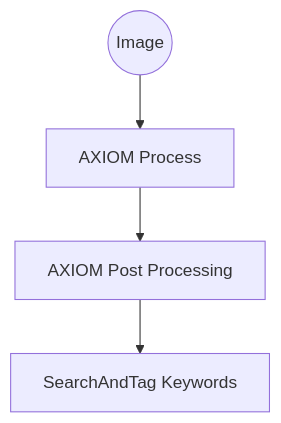
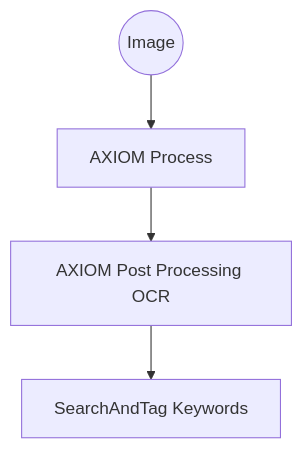
Before and after one commit to feliscabral/Search-and-Tag: the first of 3 diagrams in README.md, drawn with Mermaid. The commit also changed other lines of this file, not shown here.

````diff
--- a/README.md
+++ b/README.md
@@ -174,6 +174,6 @@
 ```mermaid
 graph TB
 A(( Image )) --> B[AXIOM Process]
-B --> C[AXIOM Post Processing]
+B --> C[AXIOM Post Processing OCR]
 C --> D[SearchAndTag Keywords]
 ```
````
